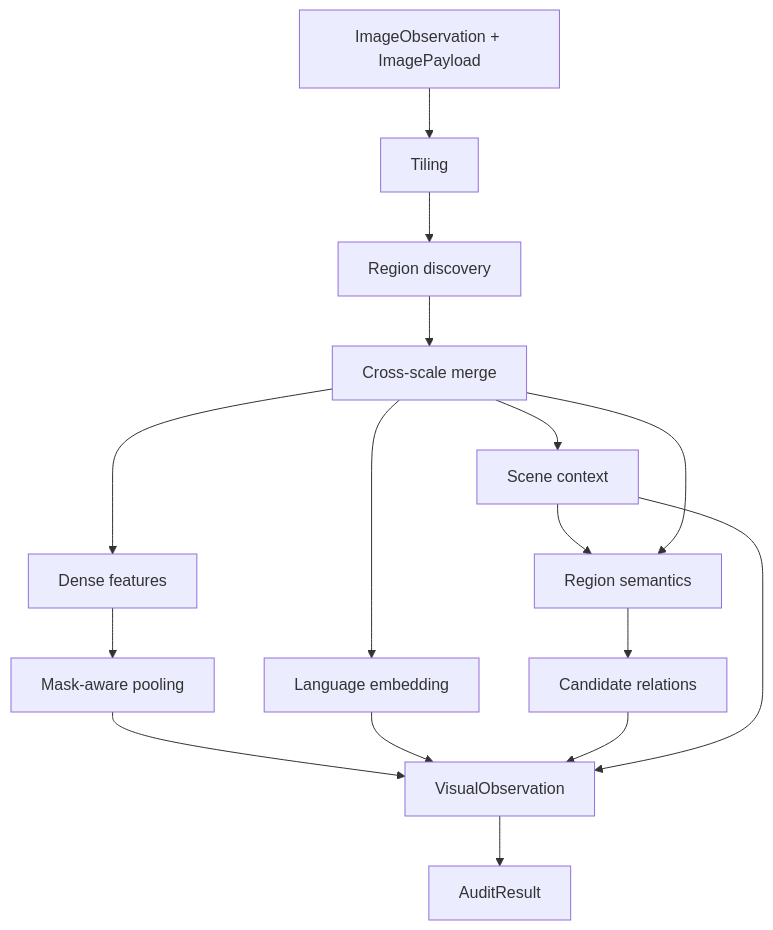
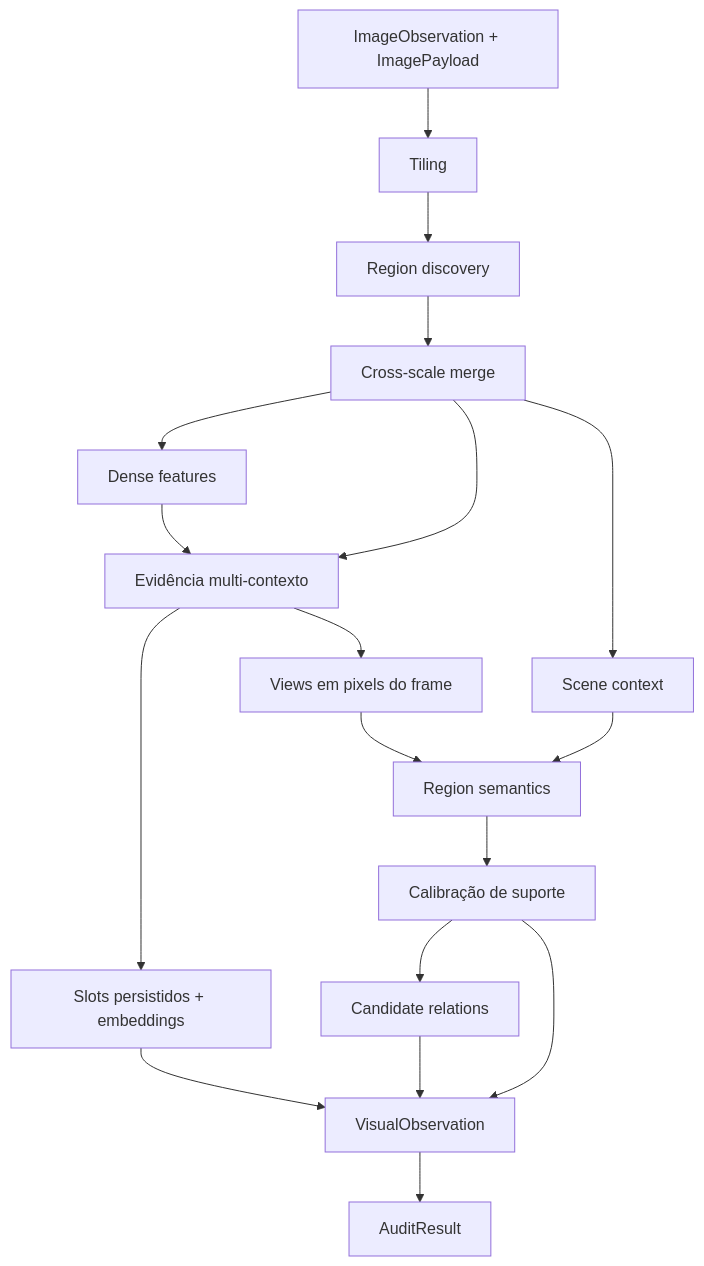
The diagram in modules/visual-perception/docs/pipelines.md (Alexandre-Tortoza/contextual-3d-mapping), drawn with Mermaid before and after one commit. The commit also changed other lines of this file and 21 other files, not shown here.

````diff
--- a/modules/visual-perception/docs/pipelines.md
+++ b/modules/visual-perception/docs/pipelines.md
@@ -192,18 +195,20 @@
 ```mermaid
 flowchart TD
     Input[ImageObservation + ImagePayload] --> Tiling[Tiling]
     Tiling --> Discovery[Region discovery]
     Discovery --> Merge[Cross-scale merge]
     Merge --> Features[Dense features]
-    Features --> Pooling[Mask-aware pooling]
-    Merge --> Language[Language embedding]
+    Features --> Evidence[Evidência multi-contexto]
+    Merge --> Evidence
+    Evidence --> Slots[Slots persistidos + embeddings]
+    Evidence --> Views[Views em pixels do frame]
     Merge --> Scene[Scene context]
-    Scene --> Semantics[Region semantics]
-    Merge --> Semantics
-    Semantics --> Relations[Candidate relations]
-    Pooling --> Output[VisualObservation]
-    Language --> Output
+    Views --> Semantics[Region semantics]
+    Scene --> Semantics
+    Semantics --> Calibration[Calibração de suporte]
+    Calibration --> Relations[Candidate relations]
+    Slots --> Output[VisualObservation]
     Relations --> Output
-    Scene --> Output
+    Calibration --> Output
     Output --> Audit[AuditResult]
 ```
````
